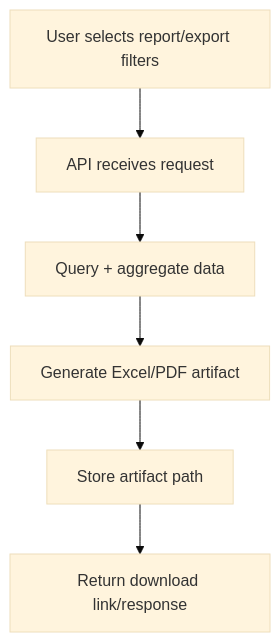
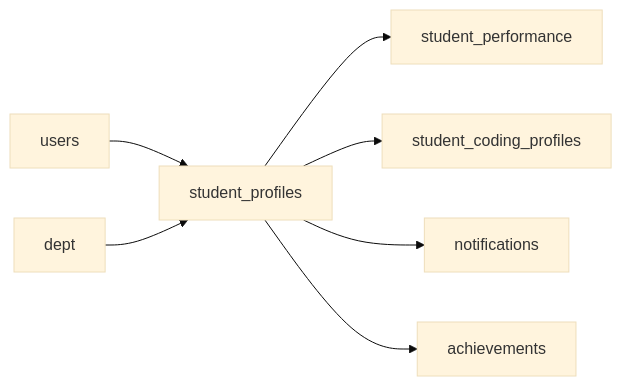
Before and after one commit to ramalokeshreddyp/code_to_win: the seventh of 7 diagrams in projectdocumentation.md, drawn with Mermaid (base theme). The commit also changed other lines of this file and 35 other files, not shown here.

````diff
--- a/projectdocumentation.md
+++ b/projectdocumentation.md
@@ -205,8 +202,9 @@
 ```mermaid
-flowchart TD
-  E1[User selects report/export filters] --> E2[API receives request]
-  E2 --> E3[Query + aggregate data]
-  E3 --> E4[Generate Excel/PDF artifact]
-  E4 --> E5[Store artifact path]
-  E5 --> E6[Return download link/response]
+graph LR
+  USERS[users] --> PROFILE[student_profiles]
+  PROFILE --> PERF[student_performance]
+  PROFILE --> CODING[student_coding_profiles]
+  PROFILE --> NOTE[notifications]
+  PROFILE --> ACH[achievements]
+  DEPT[dept] --> PROFILE
 ```
````
